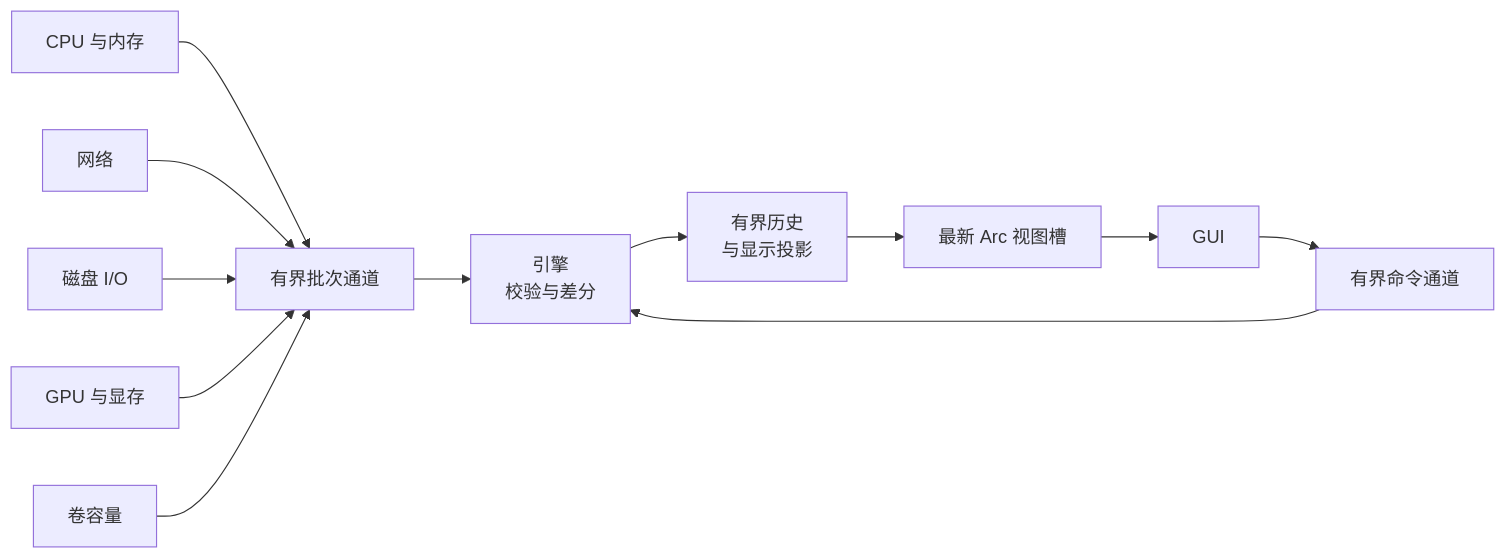
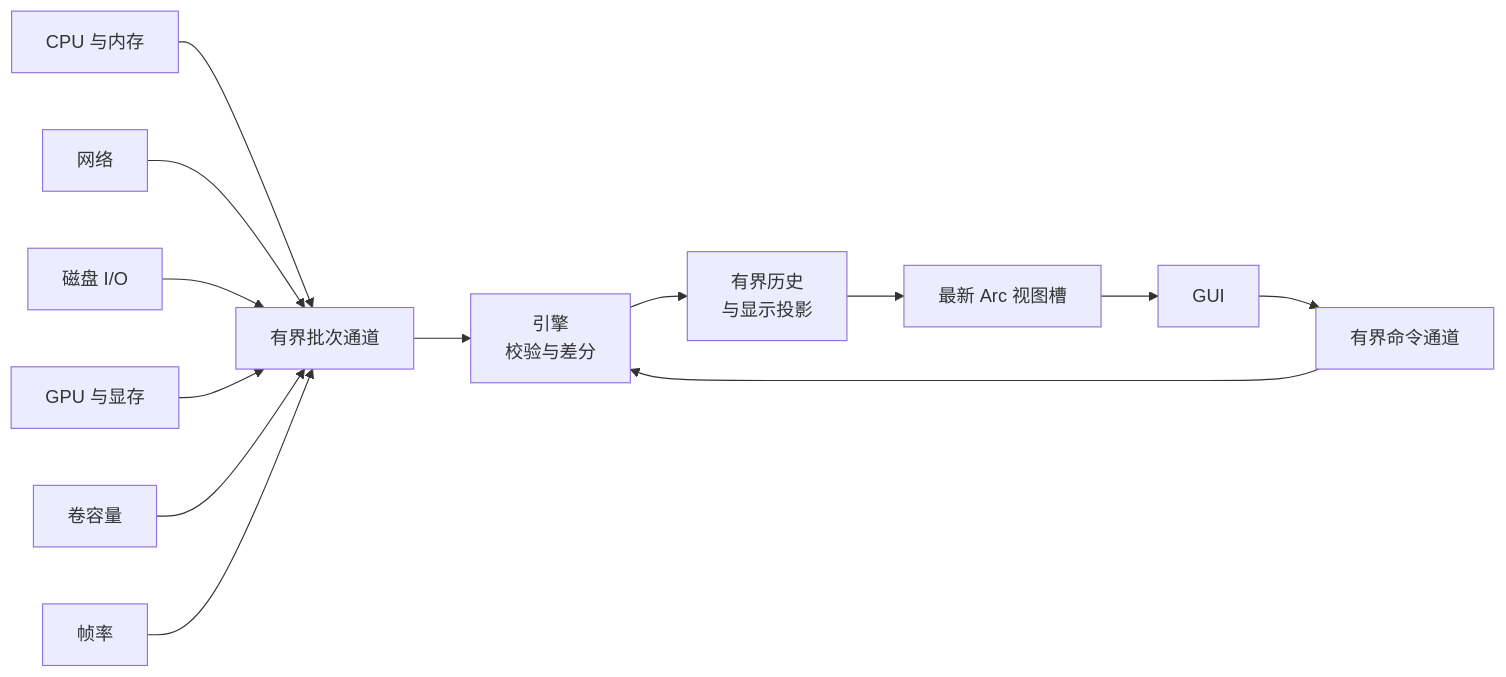
The second of 2 diagrams in README.zh-CN.md (lengyc-Code/qqq_monitor), drawn with Mermaid before and after one commit. The commit also changed other lines of this file and 38 other files, not shown here.

````diff
--- a/README.zh-CN.md
+++ b/README.zh-CN.md
@@ -205,14 +226,15 @@
 ```mermaid
 flowchart LR
     CPU[CPU 与内存] --> CH[有界批次通道]
     NET[网络] --> CH
     DISK[磁盘 I/O] --> CH
     GPU[GPU 与显存] --> CH
     VOL[卷容量] --> CH
+    FRM[帧率] --> CH
     CH --> ENGINE[引擎<br>校验与差分]
     ENGINE --> HISTORY[有界历史<br>与显示投影]
     HISTORY --> SLOT[最新 Arc 视图槽]
     SLOT --> UI[GUI]
     UI --> CMD[有界命令通道]
     CMD --> ENGINE
 ```
````
